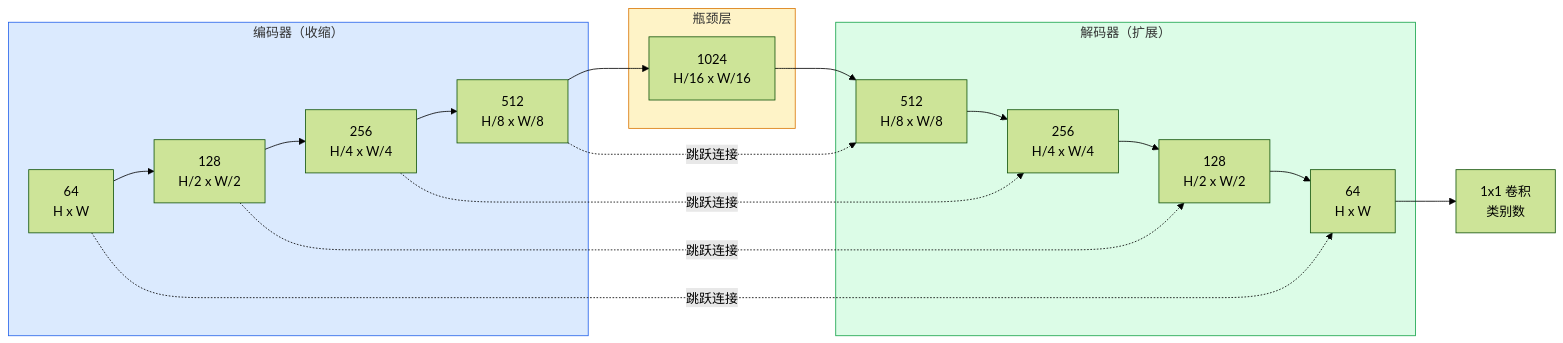
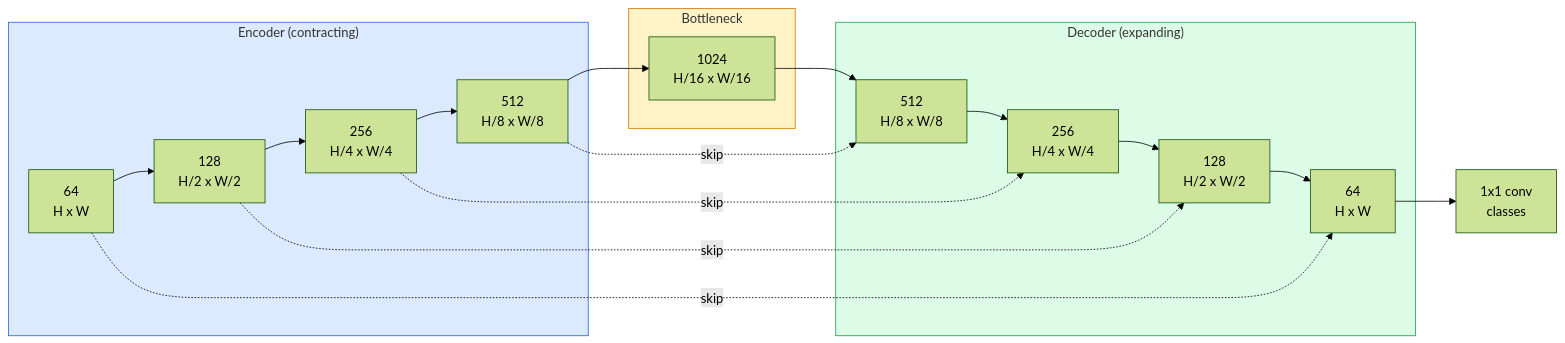
Before and after one commit to xiaojiaenen/ai-engineering-from-scratch-zh: the second of 2 diagrams in i18n/zh/phases/04-computer-vision/07-semantic-segmentation-unet/docs/zh.md, drawn with Mermaid (forest theme). The commit also changed other lines of this file and 28 other files, not shown here.

````diff
--- a/i18n/zh/phases/04-computer-vision/07-semantic-segmentation-unet/docs/zh.md
+++ b/i18n/zh/phases/04-computer-vision/07-semantic-segmentation-unet/docs/zh.md
@@ -48,26 +48,26 @@
 ```mermaid
 flowchart LR
-    subgraph ENC["编码器（收缩）"]
+    subgraph ENC["Encoder (contracting)"]
         E1["64<br/>H x W"] --> E2["128<br/>H/2 x W/2"]
         E2 --> E3["256<br/>H/4 x W/4"]
         E3 --> E4["512<br/>H/8 x W/8"]
     end
-    subgraph BOT["瓶颈层"]
+    subgraph BOT["Bottleneck"]
         B1["1024<br/>H/16 x W/16"]
     end
-    subgraph DEC["解码器（扩展）"]
+    subgraph DEC["Decoder (expanding)"]
         D4["512<br/>H/8 x W/8"] --> D3["256<br/>H/4 x W/4"]
         D3 --> D2["128<br/>H/2 x W/2"]
         D2 --> D1["64<br/>H x W"]
     end
     E4 --> B1 --> D4
-    E1 -. 跳跃连接 .-> D1
-    E2 -. 跳跃连接 .-> D2
-    E3 -. 跳跃连接 .-> D3
-    E4 -. 跳跃连接 .-> D4
-    D1 --> OUT["1x1 卷积<br/>类别数"]
+    E1 -. skip .-> D1
+    E2 -. skip .-> D2
+    E3 -. skip .-> D3
+    E4 -. skip .-> D4
+    D1 --> OUT["1x1 conv<br/>classes"]
 
     style ENC fill:#dbeafe,stroke:#2563eb
     style BOT fill:#fef3c7,stroke:#d97706
     style DEC fill:#dcfce7,stroke:#16a34a
 ```
````
